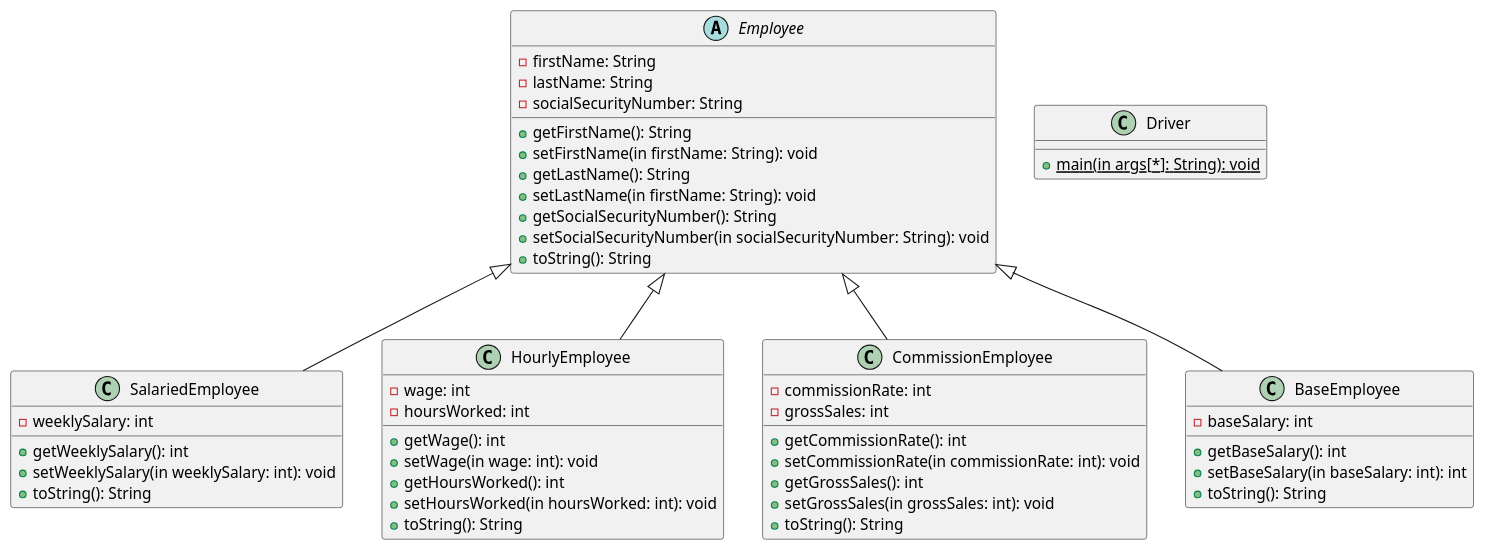
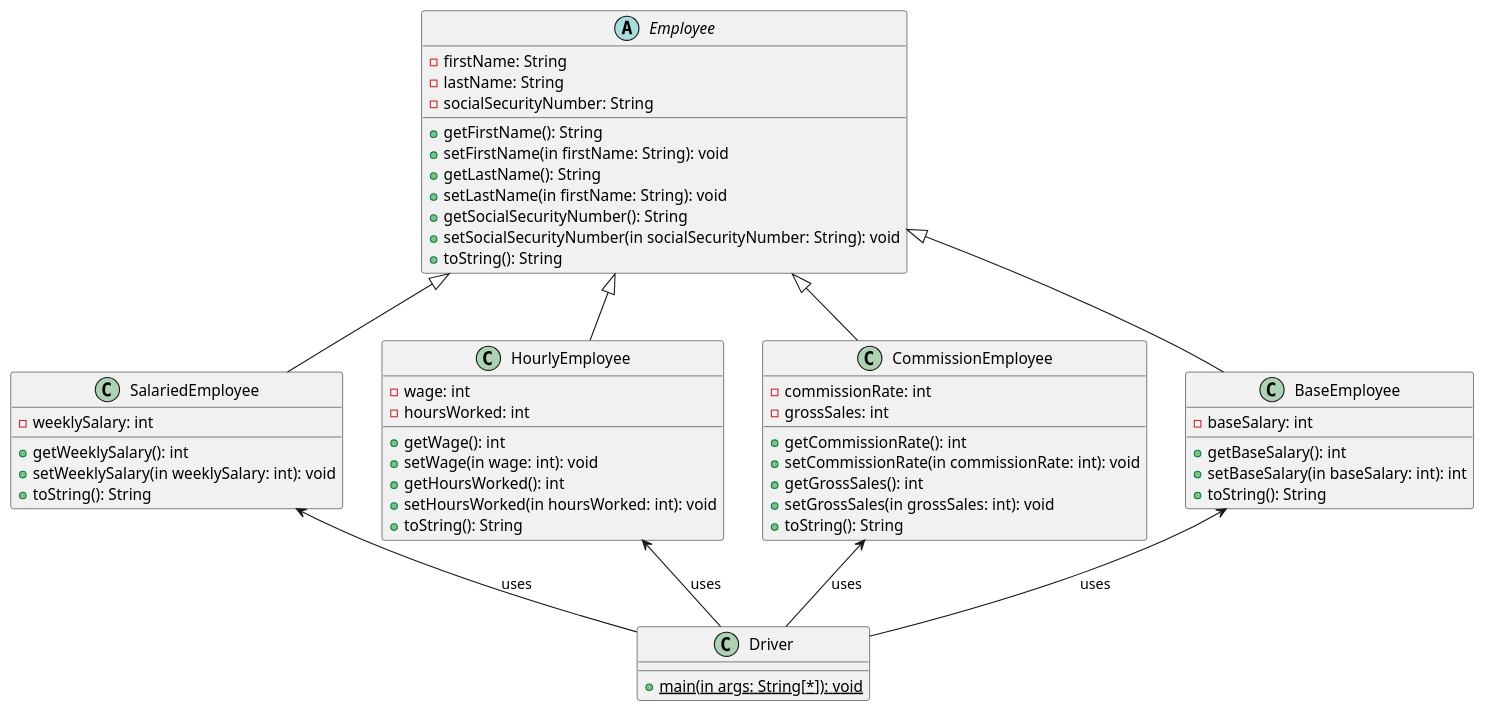
The diagram in ClassDiagrams/Inheritance.puml (Simon-D-Nguyen/CS-4800HW3), drawn with PlantUML before and after one commit.

Commit message:
Added The connection between the classes and the driver

```diff
--- a/ClassDiagrams/Inheritance.puml
+++ b/ClassDiagrams/Inheritance.puml
@@ -1,68 +1,74 @@
 @startuml
 'https://plantuml.com/class-diagram
 
 abstract class Employee {
 -firstName: String
 -lastName: String
 -socialSecurityNumber: String
 
 + getFirstName(): String
 + setFirstName(in firstName: String): void
 + getLastName(): String
 + setLastName(in firstName: String): void
 + getSocialSecurityNumber(): String
 + setSocialSecurityNumber(in socialSecurityNumber: String): void
 + toString(): String
 }
 
 class SalariedEmployee {
 - weeklySalary: int
 
 + getWeeklySalary(): int
 + setWeeklySalary(in weeklySalary: int): void
 + toString(): String
 }
 
 
 class HourlyEmployee{
 - wage: int
 - hoursWorked: int
 
 + getWage(): int
 + setWage(in wage: int): void
 + getHoursWorked(): int
 + setHoursWorked(in hoursWorked: int): void
 + toString(): String
 }
 
 class CommissionEmployee {
 - commissionRate: int
 - grossSales: int
 
 + getCommissionRate(): int
 + setCommissionRate(in commissionRate: int): void
 + getGrossSales(): int
 + setGrossSales(in grossSales: int): void
 + toString(): String
 }
 
 class BaseEmployee {
 - baseSalary: int
 
 + getBaseSalary(): int
 + setBaseSalary(in baseSalary: int): int
 + toString(): String
 }
 
 
 Employee <|-- SalariedEmployee
 Employee <|-- HourlyEmployee
 Employee <|-- CommissionEmployee
 Employee <|-- BaseEmployee
 
 
 class Driver {
-+ {static} main(in args[*]: String): void
++ {static} main(in args: String[*]): void
 }
 
+SalariedEmployee <-- Driver : uses
+HourlyEmployee <-- Driver : uses
+CommissionEmployee <-- Driver : uses
+BaseEmployee <-- Driver : uses
+
+
 @enduml
```
